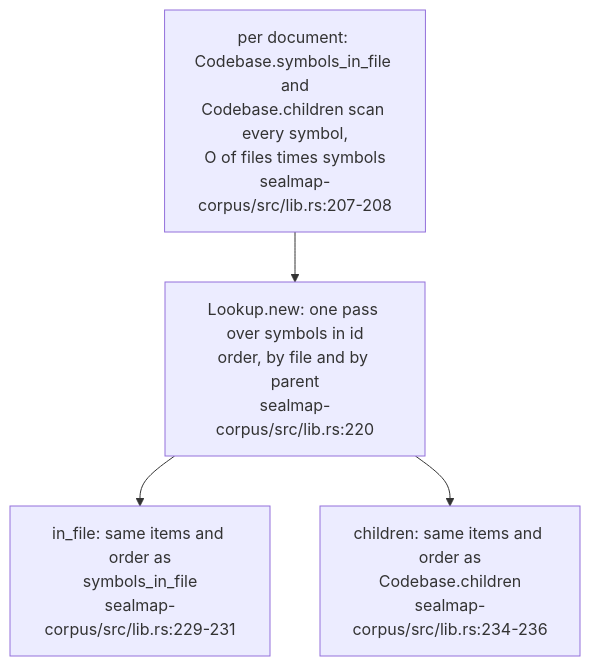
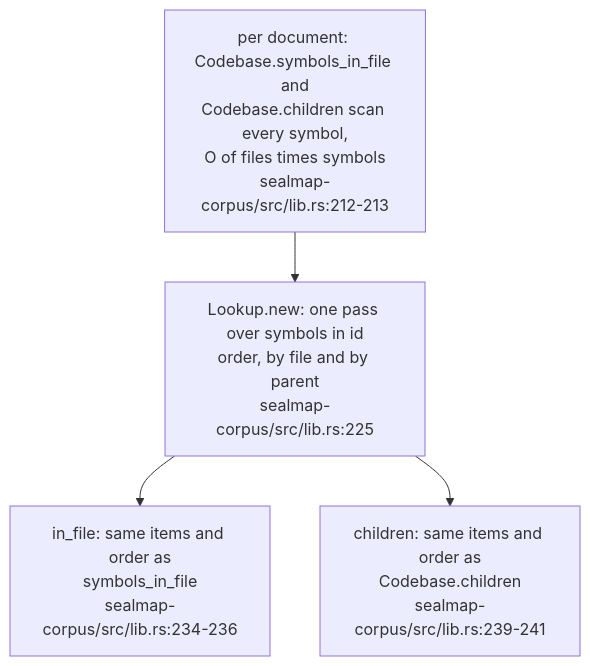
Before and after one commit to DreamLab-AI/codemaid: the fifth of 5 diagrams in docs/diagrams/corpus/01-generating-the-corpus-and-index.md, drawn with Mermaid. The commit also changed other lines of this file and 22 other files, not shown here.

First line of the commit message:
docs(diagrams): COR-04 and COR-05 for the seal surface; re-stamp every topic at ae478d9

````diff
--- a/docs/diagrams/corpus/01-generating-the-corpus-and-index.md
+++ b/docs/diagrams/corpus/01-generating-the-corpus-and-index.md
@@ -195,10 +195,10 @@
 ```mermaid
 flowchart TB
-    BEFORE["per document: Codebase.symbols_in_file and<br/>Codebase.children scan every symbol,<br/>O of files times symbols<br/>sealmap-corpus/src/lib.rs:207-208"]
-    LK["Lookup.new: one pass over symbols in id<br/>order, by file and by parent<br/>sealmap-corpus/src/lib.rs:220"]
-    IF["in_file: same items and order as<br/>symbols_in_file<br/>sealmap-corpus/src/lib.rs:229-231"]
-    CH["children: same items and order as<br/>Codebase.children<br/>sealmap-corpus/src/lib.rs:234-236"]
+    BEFORE["per document: Codebase.symbols_in_file and<br/>Codebase.children scan every symbol,<br/>O of files times symbols<br/>sealmap-corpus/src/lib.rs:212-213"]
+    LK["Lookup.new: one pass over symbols in id<br/>order, by file and by parent<br/>sealmap-corpus/src/lib.rs:225"]
+    IF["in_file: same items and order as<br/>symbols_in_file<br/>sealmap-corpus/src/lib.rs:234-236"]
+    CH["children: same items and order as<br/>Codebase.children<br/>sealmap-corpus/src/lib.rs:239-241"]
     BEFORE --> LK
     LK --> IF
     LK --> CH
 ```
````
